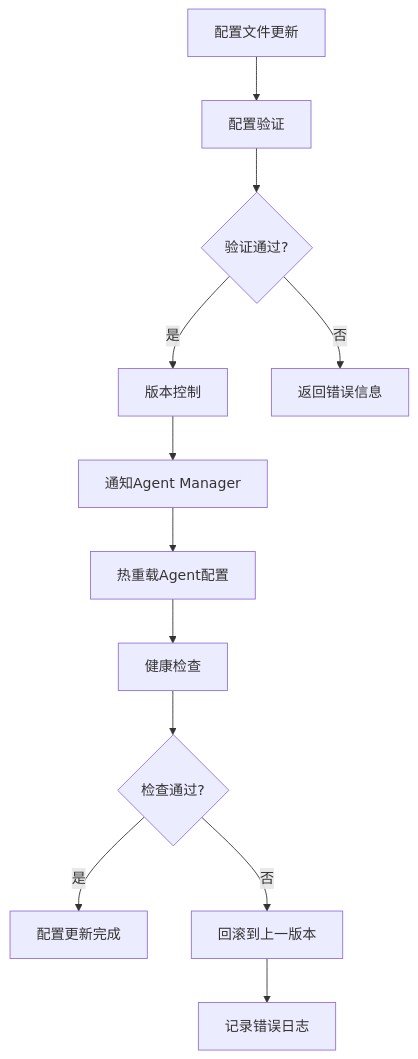
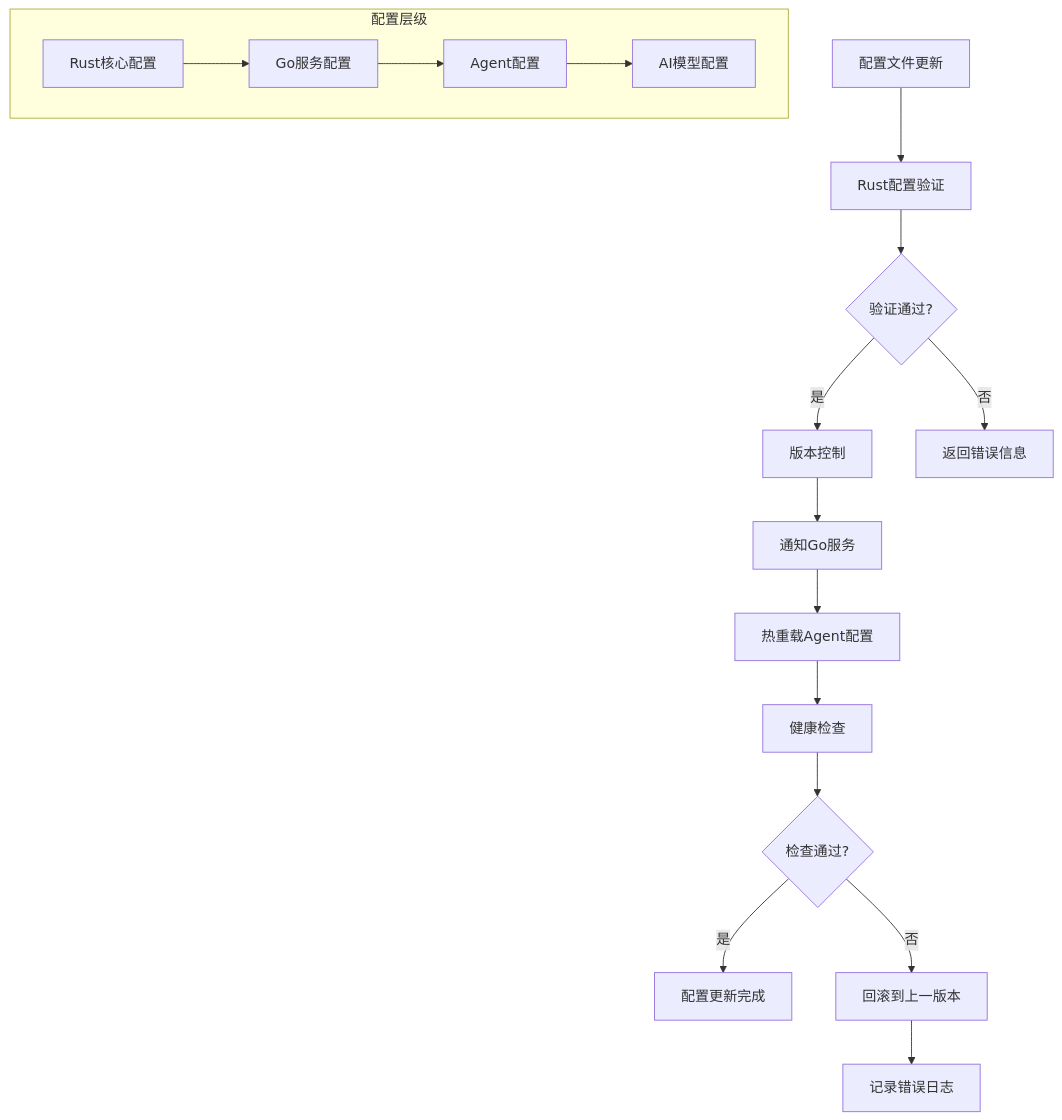
The third of 3 diagrams in docs/technical-architecture-design.md (keliveshd/GitMentor), drawn with Mermaid before and after one commit. The commit also changed other lines of this file and 197 other files, not shown here.

````diff
--- a/docs/technical-architecture-design.md
+++ b/docs/technical-architecture-design.md
@@ -489,14 +783,20 @@
 ```mermaid
 flowchart TD
-    A[配置文件更新] --> B[配置验证]
+    A[配置文件更新] --> B[Rust配置验证]
     B --> C{验证通过?}
     C -->|是| D[版本控制]
     C -->|否| E[返回错误信息]
-    D --> F[通知Agent Manager]
+    D --> F[通知Go服务]
     F --> G[热重载Agent配置]
     G --> H[健康检查]
     H --> I{检查通过?}
     I -->|是| J[配置更新完成]
     I -->|否| K[回滚到上一版本]
     K --> L[记录错误日志]
+
+    subgraph "配置层级"
+        M[Rust核心配置] --> N[Go服务配置]
+        N --> O[Agent配置]
+        O --> P[AI模型配置]
+    end
 ```
````
